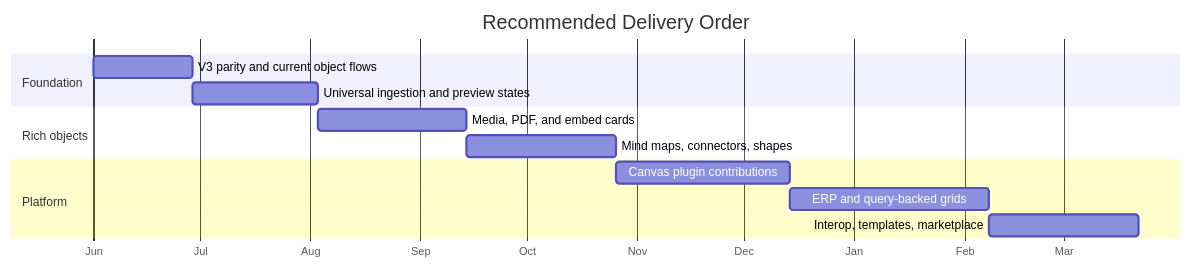
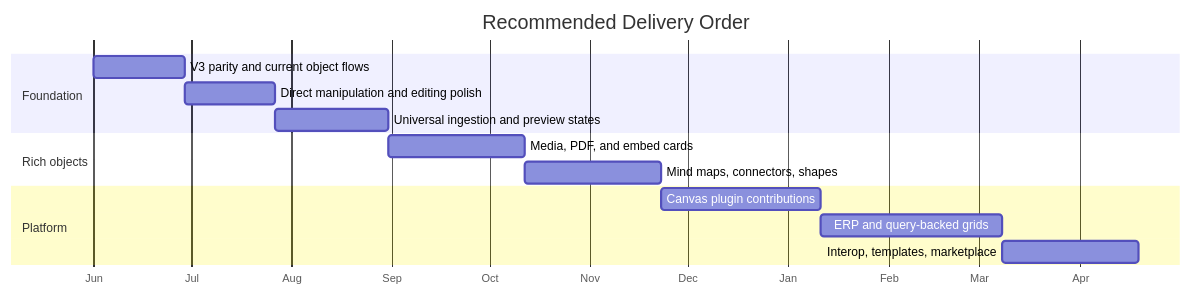
Diagram 19 of 20 in docs/explorations/0136_[_]_EXPANDING_THE_INFINITE_CANVAS_INTO_A_UNIVERSAL_MEDIA_AND_PLANNING_SURFACE.md (crs48/xNet), drawn with Mermaid before and after one commit. The commit also changed other lines of this file, not shown here.

First line of the commit message:
docs(explorations): add canvas editing interaction model

````diff
--- a/docs/explorations/0136_[_]_EXPANDING_THE_INFINITE_CANVAS_INTO_A_UNIVERSAL_MEDIA_AND_PLANNING_SURFACE.md
+++ b/docs/explorations/0136_[_]_EXPANDING_THE_INFINITE_CANVAS_INTO_A_UNIVERSAL_MEDIA_AND_PLANNING_SURFACE.md
@@ -1179,16 +1335,17 @@
 ```mermaid
 gantt
   title Recommended Delivery Order
   dateFormat  YYYY-MM-DD
   axisFormat  %b
   section Foundation
   V3 parity and current object flows       :a1, 2026-06-01, 4w
-  Universal ingestion and preview states   :a2, after a1, 5w
+  Direct manipulation and editing polish   :a2, after a1, 4w
+  Universal ingestion and preview states   :a3, after a2, 5w
   section Rich objects
-  Media, PDF, and embed cards              :b1, after a2, 6w
+  Media, PDF, and embed cards              :b1, after a3, 6w
   Mind maps, connectors, shapes            :b2, after b1, 6w
   section Platform
   Canvas plugin contributions              :c1, after b2, 7w
   ERP and query-backed grids               :c2, after c1, 8w
   Interop, templates, marketplace          :c3, after c2, 6w
 ```
````
